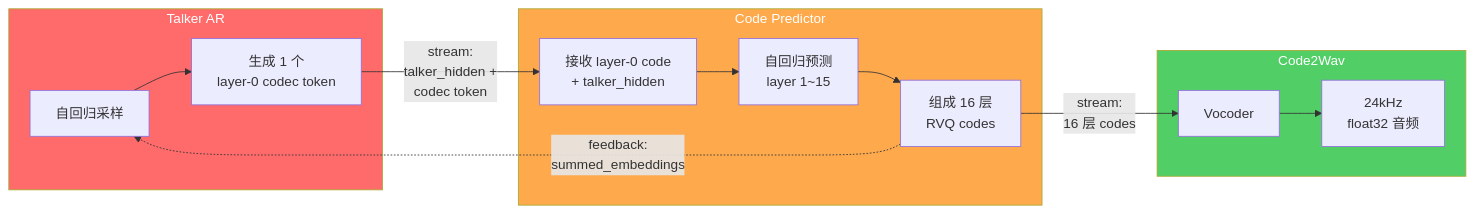
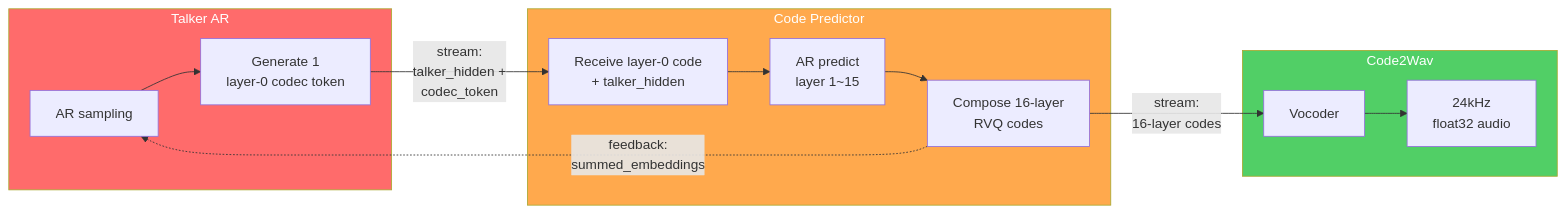
The fourth of 31 diagrams in sglang/sglang-omni/README.md (zhaochenyang20/Awesome-ML-SYS-Tutorial), drawn with Mermaid before and after one commit. The commit also changed other lines of this file, not shown here.

First line of the commit message:
style: use English in all Mermaid diagrams, fix broken links, simplify oversized charts

````diff
--- a/sglang/sglang-omni/README.md
+++ b/sglang/sglang-omni/README.md
@@ -165,29 +165,29 @@
 ```mermaid
 graph LR
     subgraph TalkerAR["Talker AR"]
-        TA1["自回归采样"]
-        TA2["生成 1 个<br/>layer-0 codec token"]
+        TA1["AR sampling"]
+        TA2["Generate 1<br/>layer-0 codec token"]
         TA1 --> TA2
     end
 
     subgraph CodePredictor["Code Predictor"]
-        CP1["接收 layer-0 code<br/>+ talker_hidden"]
-        CP2["自回归预测<br/>layer 1~15"]
-        CP3["组成 16 层<br/>RVQ codes"]
+        CP1["Receive layer-0 code<br/>+ talker_hidden"]
+        CP2["AR predict<br/>layer 1~15"]
+        CP3["Compose 16-layer<br/>RVQ codes"]
         CP1 --> CP2 --> CP3
     end
 
     subgraph Code2Wav["Code2Wav"]
         CW1["Vocoder"]
-        CW2["24kHz<br/>float32 音频"]
+        CW2["24kHz<br/>float32 audio"]
         CW1 --> CW2
     end
 
-    TA2 -- "stream:<br/>talker_hidden +<br/>codec token" --> CP1
-    CP3 -- "stream:<br/>16 层 codes" --> CW1
+    TA2 -- "stream:<br/>talker_hidden +<br/>codec_token" --> CP1
+    CP3 -- "stream:<br/>16-layer codes" --> CW1
     CP3 -. "feedback:<br/>summed_embeddings" .-> TA1
 
     style TalkerAR fill:#ff6b6b,color:#fff
     style CodePredictor fill:#ffa94d,color:#fff
     style Code2Wav fill:#51cf66,color:#fff
 ```
````
